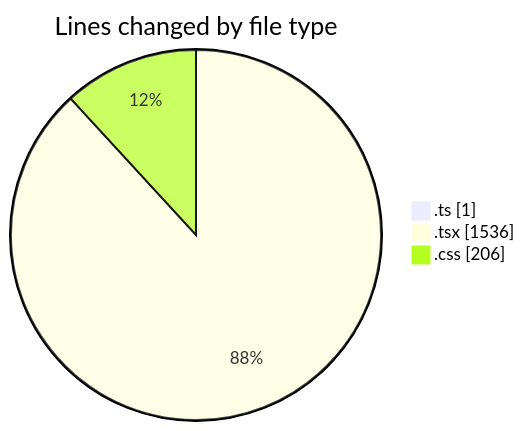
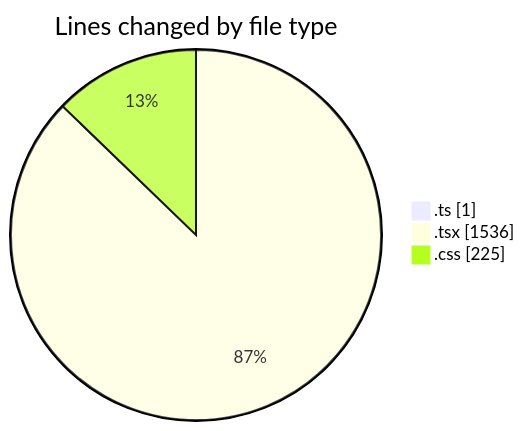
The first of 2 diagrams in 2025-01-31/audiobooks-web/README.md (robertbonfada/code-tracking), drawn with Mermaid before and after one commit. The commit also changed other lines of this file and 1 other file, not shown here.

````diff
--- a/2025-01-31/audiobooks-web/README.md
+++ b/2025-01-31/audiobooks-web/README.md
@@ -30,7 +30,7 @@
 ```mermaid
 pie showData
 title Lines changed by file type
 ".ts" : 1
 ".tsx" : 1536
-".css" : 206
+".css" : 225
 ```
````
